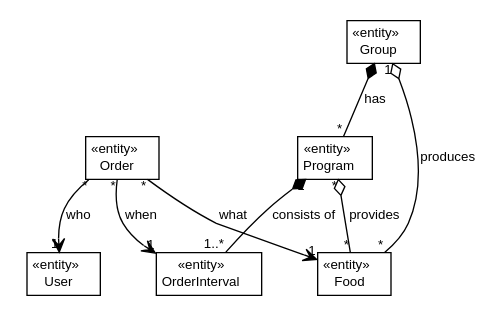
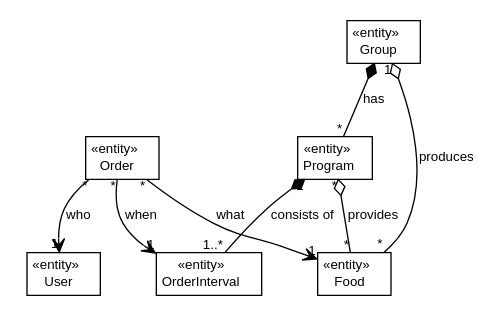
The diagram in apidocs/hu/sch/kfc/server/domain/hu.sch.kfc.server.domain.dot (messo/KFC), drawn with Graphviz before and after one commit. The commit also changed 453 other files, not shown here.

```diff
--- a/apidocs/hu/sch/kfc/server/domain/hu.sch.kfc.server.domain.dot
+++ b/apidocs/hu/sch/kfc/server/domain/hu.sch.kfc.server.domain.dot
@@ -1,68 +1,68 @@
 #!/usr/local/bin/dot
 #
 # Class diagram 
 # Generated by UMLGraph version 5.4 (http://www.umlgraph.org/)
 #
 
 digraph G {
 	edge [fontname="Helvetica",fontsize=10,labelfontname="Helvetica",labelfontsize=10];
 	node [fontname="Helvetica",fontsize=10,shape=plaintext];
 	nodesep=0.25;
 	ranksep=0.5;
+	// hu.sch.kfc.server.domain.OrderInterval
+	c1537 [label=<<table title="hu.sch.kfc.server.domain.OrderInterval" border="0" cellborder="1" cellspacing="0" cellpadding="2" port="p" href="./OrderInterval.html">
+		<tr><td><table border="0" cellspacing="0" cellpadding="1">
+<tr><td align="center" balign="center"> &#171;entity&#187; </td></tr>
+<tr><td align="center" balign="center"> OrderInterval </td></tr>
+		</table></td></tr>
+		</table>>, URL="./OrderInterval.html", fontname="Helvetica", fontcolor="black", fontsize=10.0];
 	// hu.sch.kfc.server.domain.Order
-	c1537 [label=<<table title="hu.sch.kfc.server.domain.Order" border="0" cellborder="1" cellspacing="0" cellpadding="2" port="p" href="./Order.html">
+	c1539 [label=<<table title="hu.sch.kfc.server.domain.Order" border="0" cellborder="1" cellspacing="0" cellpadding="2" port="p" href="./Order.html">
 		<tr><td><table border="0" cellspacing="0" cellpadding="1">
 <tr><td align="center" balign="center"> &#171;entity&#187; </td></tr>
 <tr><td align="center" balign="center"> Order </td></tr>
 		</table></td></tr>
 		</table>>, URL="./Order.html", fontname="Helvetica", fontcolor="black", fontsize=10.0];
+	// hu.sch.kfc.server.domain.User
+	c1540 [label=<<table title="hu.sch.kfc.server.domain.User" border="0" cellborder="1" cellspacing="0" cellpadding="2" port="p" href="./User.html">
+		<tr><td><table border="0" cellspacing="0" cellpadding="1">
+<tr><td align="center" balign="center"> &#171;entity&#187; </td></tr>
+<tr><td align="center" balign="center"> User </td></tr>
+		</table></td></tr>
+		</table>>, URL="./User.html", fontname="Helvetica", fontcolor="black", fontsize=10.0];
 	// hu.sch.kfc.server.domain.Group
-	c1538 [label=<<table title="hu.sch.kfc.server.domain.Group" border="0" cellborder="1" cellspacing="0" cellpadding="2" port="p" href="./Group.html">
+	c1542 [label=<<table title="hu.sch.kfc.server.domain.Group" border="0" cellborder="1" cellspacing="0" cellpadding="2" port="p" href="./Group.html">
 		<tr><td><table border="0" cellspacing="0" cellpadding="1">
 <tr><td align="center" balign="center"> &#171;entity&#187; </td></tr>
 <tr><td align="center" balign="center"> Group </td></tr>
 		</table></td></tr>
 		</table>>, URL="./Group.html", fontname="Helvetica", fontcolor="black", fontsize=10.0];
 	// hu.sch.kfc.server.domain.Program
-	c1540 [label=<<table title="hu.sch.kfc.server.domain.Program" border="0" cellborder="1" cellspacing="0" cellpadding="2" port="p" href="./Program.html">
+	c1545 [label=<<table title="hu.sch.kfc.server.domain.Program" border="0" cellborder="1" cellspacing="0" cellpadding="2" port="p" href="./Program.html">
 		<tr><td><table border="0" cellspacing="0" cellpadding="1">
 <tr><td align="center" balign="center"> &#171;entity&#187; </td></tr>
 <tr><td align="center" balign="center"> Program </td></tr>
 		</table></td></tr>
 		</table>>, URL="./Program.html", fontname="Helvetica", fontcolor="black", fontsize=10.0];
-	// hu.sch.kfc.server.domain.User
-	c1543 [label=<<table title="hu.sch.kfc.server.domain.User" border="0" cellborder="1" cellspacing="0" cellpadding="2" port="p" href="./User.html">
-		<tr><td><table border="0" cellspacing="0" cellpadding="1">
-<tr><td align="center" balign="center"> &#171;entity&#187; </td></tr>
-<tr><td align="center" balign="center"> User </td></tr>
-		</table></td></tr>
-		</table>>, URL="./User.html", fontname="Helvetica", fontcolor="black", fontsize=10.0];
-	// hu.sch.kfc.server.domain.OrderInterval
-	c1544 [label=<<table title="hu.sch.kfc.server.domain.OrderInterval" border="0" cellborder="1" cellspacing="0" cellpadding="2" port="p" href="./OrderInterval.html">
-		<tr><td><table border="0" cellspacing="0" cellpadding="1">
-<tr><td align="center" balign="center"> &#171;entity&#187; </td></tr>
-<tr><td align="center" balign="center"> OrderInterval </td></tr>
-		</table></td></tr>
-		</table>>, URL="./OrderInterval.html", fontname="Helvetica", fontcolor="black", fontsize=10.0];
 	// hu.sch.kfc.server.domain.Food
 	c1546 [label=<<table title="hu.sch.kfc.server.domain.Food" border="0" cellborder="1" cellspacing="0" cellpadding="2" port="p" href="./Food.html">
 		<tr><td><table border="0" cellspacing="0" cellpadding="1">
 <tr><td align="center" balign="center"> &#171;entity&#187; </td></tr>
 <tr><td align="center" balign="center"> Food </td></tr>
 		</table></td></tr>
 		</table>>, URL="./Food.html", fontname="Helvetica", fontcolor="black", fontsize=10.0];
 	// hu.sch.kfc.server.domain.Order NAVASSOC hu.sch.kfc.server.domain.Food
-	c1537:p -> c1546:p [taillabel="*", label="what", headlabel="1", fontname="Helvetica", fontcolor="black", fontsize=10.0, color="black", arrowhead=open];
+	c1539:p -> c1546:p [taillabel="*", label="what", headlabel="1", fontname="Helvetica", fontcolor="black", fontsize=10.0, color="black", arrowhead=open];
 	// hu.sch.kfc.server.domain.Order NAVASSOC hu.sch.kfc.server.domain.User
-	c1537:p -> c1543:p [taillabel="*", label="who", headlabel="1", fontname="Helvetica", fontcolor="black", fontsize=10.0, color="black", arrowhead=open];
+	c1539:p -> c1540:p [taillabel="*", label="who", headlabel="1", fontname="Helvetica", fontcolor="black", fontsize=10.0, color="black", arrowhead=open];
 	// hu.sch.kfc.server.domain.Order NAVASSOC hu.sch.kfc.server.domain.OrderInterval
-	c1537:p -> c1544:p [taillabel="*", label="when", headlabel="1", fontname="Helvetica", fontcolor="black", fontsize=10.0, color="black", arrowhead=open];
+	c1539:p -> c1537:p [taillabel="*", label="when", headlabel="1", fontname="Helvetica", fontcolor="black", fontsize=10.0, color="black", arrowhead=open];
 	// hu.sch.kfc.server.domain.Group HAS hu.sch.kfc.server.domain.Food
-	c1538:p -> c1546:p [taillabel="1", label="produces", headlabel="*", fontname="Helvetica", fontcolor="black", fontsize=10.0, color="black", arrowhead=none, arrowtail=ediamond, dir=both];
+	c1542:p -> c1546:p [taillabel="1", label="produces", headlabel="*", fontname="Helvetica", fontcolor="black", fontsize=10.0, color="black", arrowhead=none, arrowtail=ediamond, dir=both];
 	// hu.sch.kfc.server.domain.Group COMPOSED hu.sch.kfc.server.domain.Program
-	c1538:p -> c1540:p [taillabel="", label="has", headlabel="*", fontname="Helvetica", fontcolor="black", fontsize=10.0, color="black", arrowhead=none, arrowtail=diamond, dir=both];
+	c1542:p -> c1545:p [taillabel="", label="has", headlabel="*", fontname="Helvetica", fontcolor="black", fontsize=10.0, color="black", arrowhead=none, arrowtail=diamond, dir=both];
 	// hu.sch.kfc.server.domain.Program HAS hu.sch.kfc.server.domain.Food
-	c1540:p -> c1546:p [taillabel="*", label="provides", headlabel="*", fontname="Helvetica", fontcolor="black", fontsize=10.0, color="black", arrowhead=none, arrowtail=ediamond, dir=both];
+	c1545:p -> c1546:p [taillabel="*", label="provides", headlabel="*", fontname="Helvetica", fontcolor="black", fontsize=10.0, color="black", arrowhead=none, arrowtail=ediamond, dir=both];
 	// hu.sch.kfc.server.domain.Program COMPOSED hu.sch.kfc.server.domain.OrderInterval
-	c1540:p -> c1544:p [taillabel="1", label="consists of", headlabel="1..*", fontname="Helvetica", fontcolor="black", fontsize=10.0, color="black", arrowhead=none, arrowtail=diamond, dir=both];
+	c1545:p -> c1537:p [taillabel="1", label="consists of", headlabel="1..*", fontname="Helvetica", fontcolor="black", fontsize=10.0, color="black", arrowhead=none, arrowtail=diamond, dir=both];
 }
```
